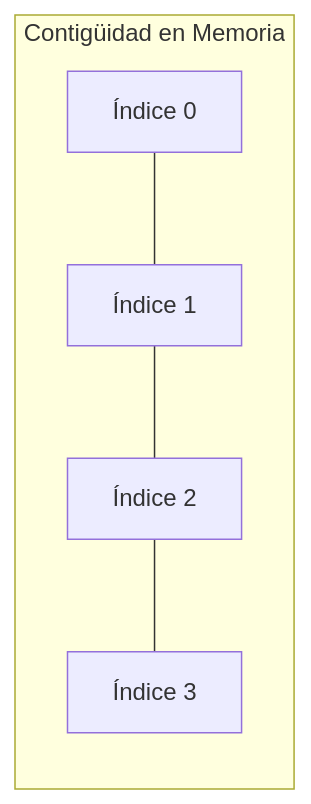
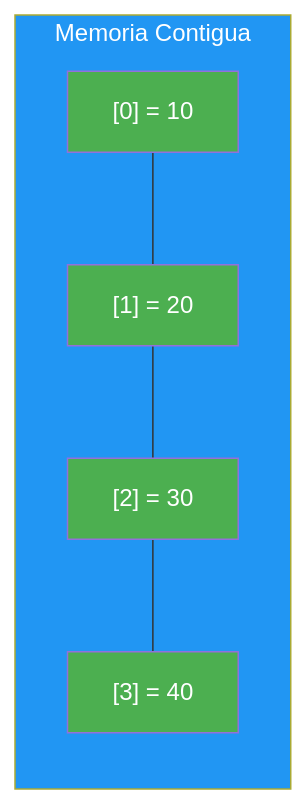
One commit to joseluisgs/Programacion-03-2026-2027 changed the first of 3 diagrams in 01-introduccion-arrays.md. Above: the diagram before and after it, drawn with Mermaid. The commit also changed other lines of this file and 7 other files, not shown here.

````diff
--- a/01-introduccion-arrays.md
+++ b/01-introduccion-arrays.md
@@ -23,6 +34,11 @@
 ```mermaid
 graph LR
-    subgraph Memoria_Física [Contigüidad en Memoria]
-        A[Índice 0] --- B[Índice 1] --- C[Índice 2] --- D[Índice 3]
+    subgraph Memoria ["Memoria Contigua"]
+        A["[0] = 10"] --- B["[1] = 20"] --- C["[2] = 30"] --- D["[3] = 40"]
     end
+    style Memoria fill:#2196F3,color:#fff
+    style A fill:#4CAF50,color:#fff
+    style B fill:#4CAF50,color:#fff
+    style C fill:#4CAF50,color:#fff
+    style D fill:#4CAF50,color:#fff
 ```
````
